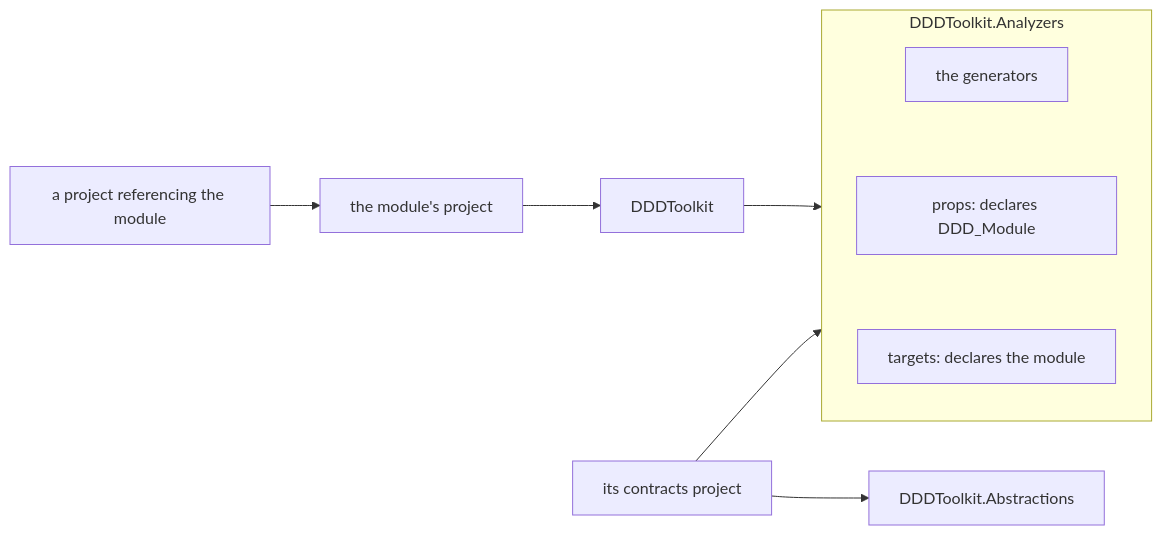
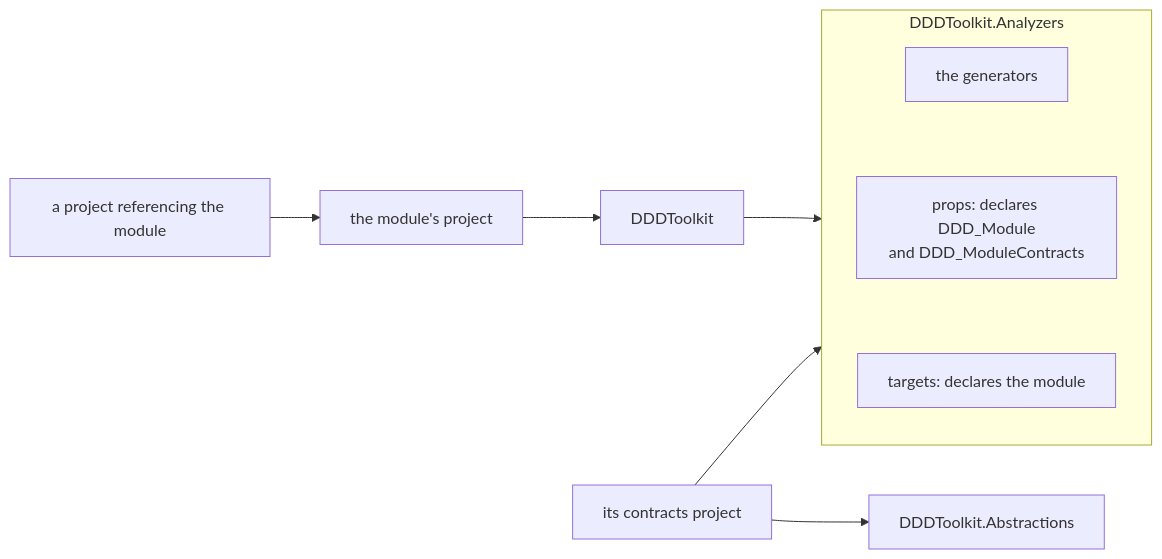
One commit to DylanSnel/DDDToolkit changed the fifth of 5 diagrams in docs/modules.md. Above: the diagram before and after it, drawn with Mermaid. The commit also changed other lines of this file and 53 other files, not shown here.

First line of the commit message:
Modules: an assembly says it is a module's contracts once, instead of every type saying so

````diff
--- a/docs/modules.md
+++ b/docs/modules.md
@@ -704,12 +807,12 @@
 ```mermaid
 flowchart LR
     Host["a project referencing the module"] --> Module["the module's project"]
     Module --> Core["DDDToolkit"]
     Core --> Analyzers
     Contracts["its contracts project"] --> Abstractions["DDDToolkit.Abstractions"]
     Contracts --> Analyzers
     subgraph Analyzers ["DDDToolkit.Analyzers"]
         direction TB
-        Generators["the generators"] ~~~ Props["props: declares DDD_Module"] ~~~ Targets["targets: declares the module"]
+        Generators["the generators"] ~~~ Props["props: declares DDD_Module<br/>and DDD_ModuleContracts"] ~~~ Targets["targets: declares the module"]
     end
 ```
````
